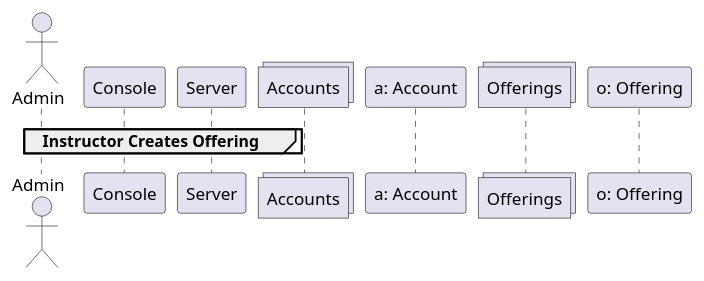
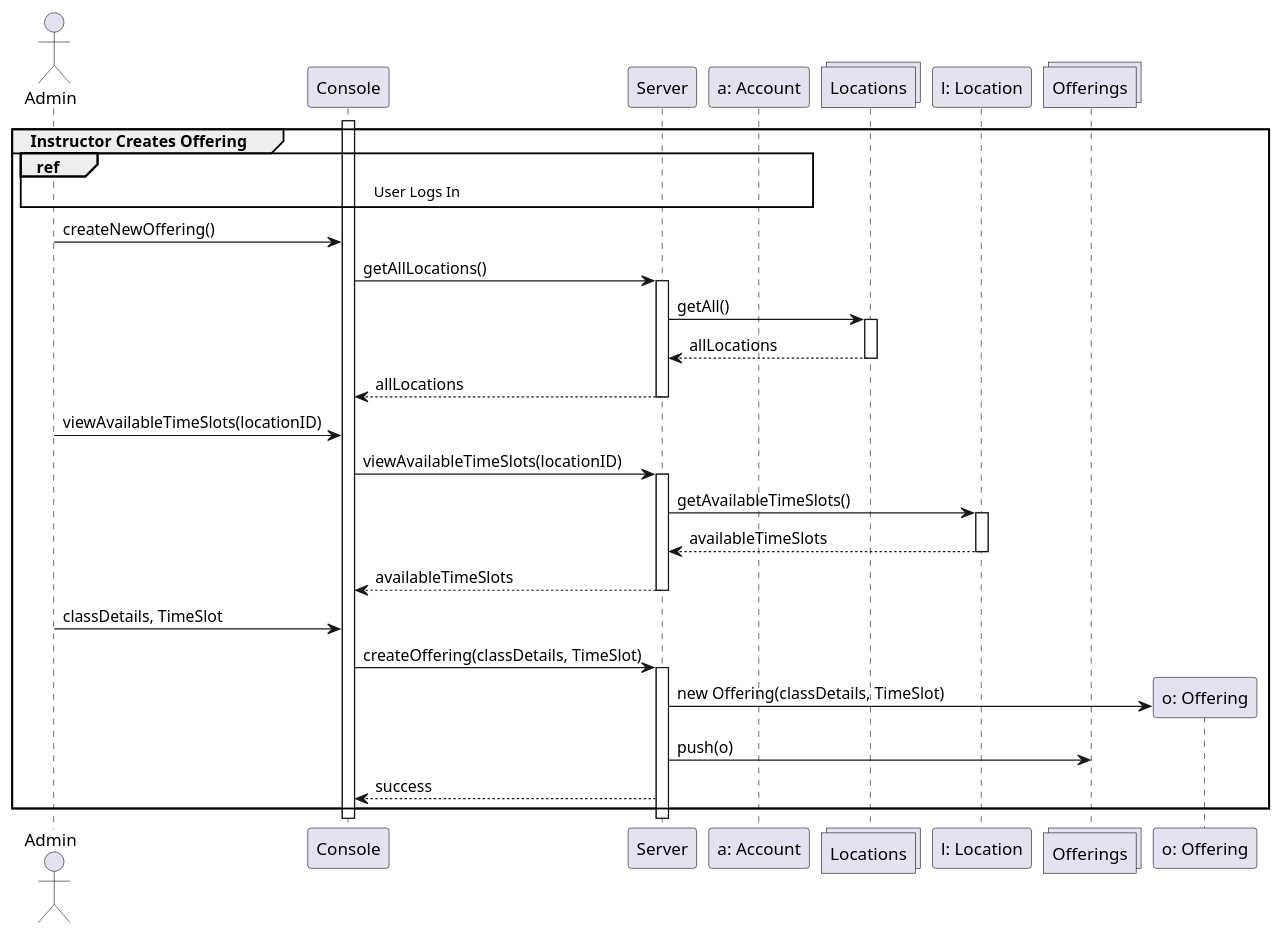
One commit to FrancoDominguez/SOEN342-project changed the diagram in Documentation/SequenceDiagrams/CreatingOffering.puml. Above: the diagram before and after it, drawn with PlantUML. The commit also changed 19 other files, not shown here.

Commit message:
created skeleton classes, organized dir and wrote 2 sequence diagrams

```diff
--- a/Documentation/SequenceDiagrams/CreatingOffering.puml
+++ b/Documentation/SequenceDiagrams/CreatingOffering.puml
@@ -1,13 +1,37 @@
 @startuml CreatingOffering
 Actor Admin as Admin
 participant Console as Console
 participant Server as Server
-collections Accounts as Accounts
 participant Account as "a: Account"
+collections Locations as Locations
+participant Location as "l: Location"
 collections Offerings as Offerings
-participant Offering as "o: Offering"
 
 group Instructor Creates Offering
+  activate Console
+  ref over Admin, Account: User Logs In
+  Admin -> Console: createNewOffering()
+  Console -> Server ++: getAllLocations()
+  Server -> Locations ++: getAll()
+  Locations --> Server --: allLocations
+  Server --> Console --: allLocations
+  Admin -> Console: viewAvailableTimeSlots(locationID)
+  Console -> Server ++: viewAvailableTimeSlots(locationID)
+  Server -> Location ++: getAvailableTimeSlots()
+  Location --> Server --: availableTimeSlots
+  Server --> Console --: availableTimeSlots
+  Admin -> Console: classDetails, TimeSlot
+  Console -> Server ++: createOffering(classDetails, TimeSlot)
+  Server -> "o: Offering" **: new Offering(classDetails, TimeSlot)
+  Server -> Offerings: push(o)
+  Server --> Console: success
+  
+
+
+  
+
+
+
 end
 
 @enduml
```
